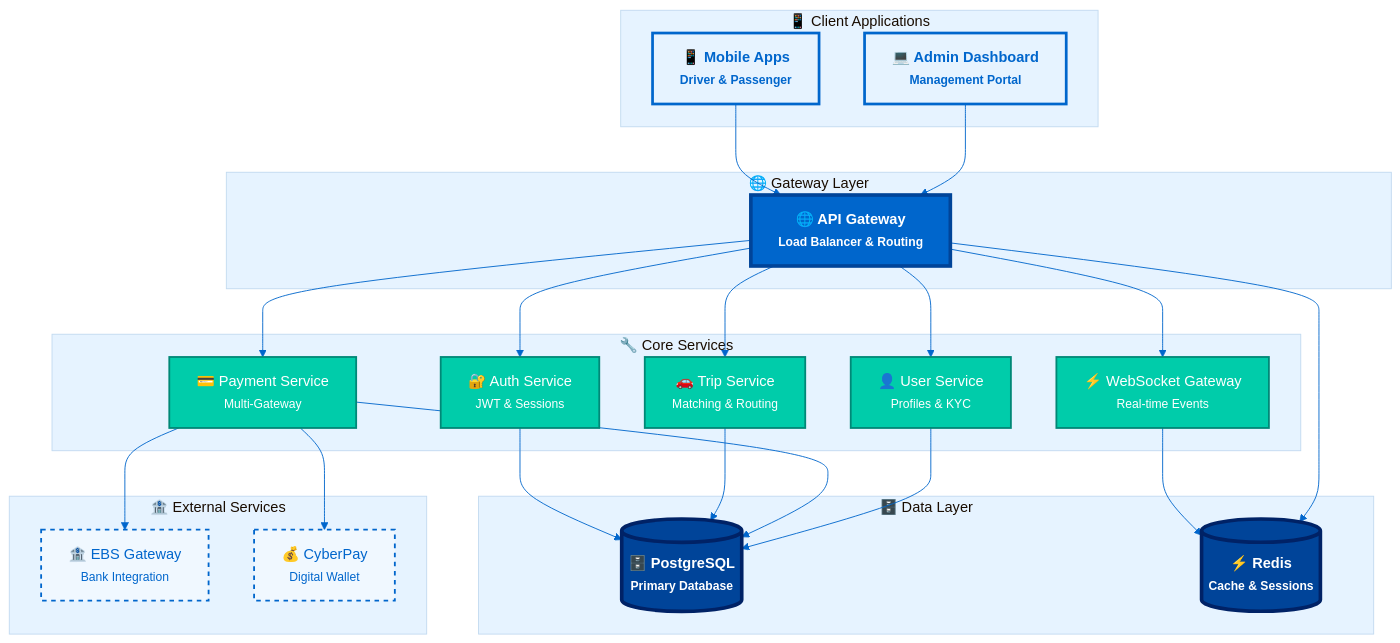
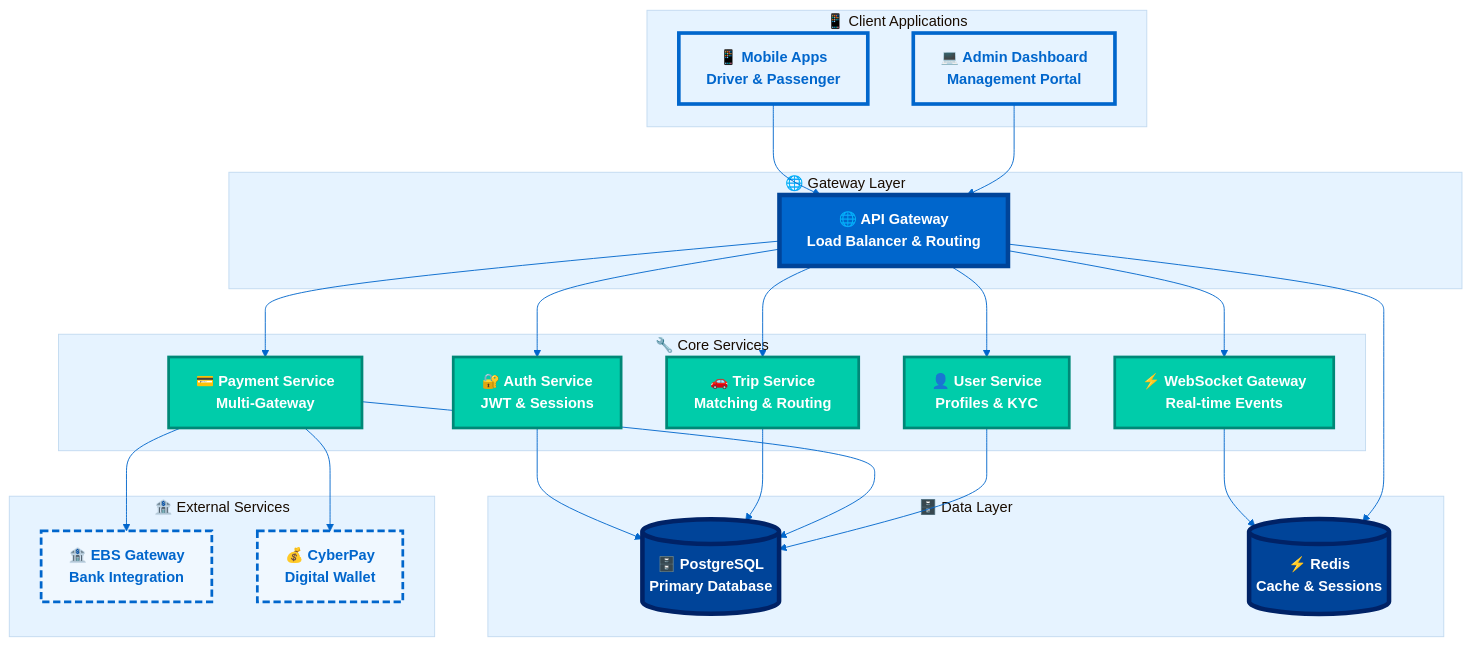
One commit to abdoElHodaky/transportapp changed the fourth of 5 diagrams in README.md. Above: the diagram before and after it, drawn with Mermaid. The commit also changed other lines of this file and 2 other files, not shown here.

```diff
--- a/README.md
+++ b/README.md
@@ -477,53 +462,46 @@
 %%{init: {
   'theme': 'base',
   'themeVariables': {
+    'background': 'transparent',
     'primaryColor': '#0066cc',
     'primaryTextColor': '#ffffff',
     'primaryBorderColor': '#004499',
     'lineColor': '#0066cc',
     'secondaryColor': '#00ccaa',
-    'tertiaryColor': '#e6f3ff',
-    'background': '#ffffff',
-    'mainBkg': '#0066cc',
-    'secondBkg': '#00ccaa',
-    'tertiaryBkg': '#e6f3ff'
-  },
-  'flowchart': {
-    'useMaxWidth': true,
-    'htmlLabels': true
+    'tertiaryColor': '#e6f3ff'
   }
 }}%%
 flowchart TB
     %% Client Applications Layer
-    subgraph "📱 Client Applications"
-        MA["📱 Mobile Apps<br/><small>Driver & Passenger</small>"]
-        AD["💻 Admin Dashboard<br/><small>Management Portal</small>"]
+    subgraph ClientApps["📱 Client Applications"]
+        MA["📱 Mobile Apps<br/>Driver & Passenger"]
+        AD["💻 Admin Dashboard<br/>Management Portal"]
     end
     
     %% API Gateway Layer
-    subgraph "🌐 Gateway Layer"
-        AG["🌐 API Gateway<br/><small>Load Balancer & Routing</small>"]
+    subgraph Gateway["🌐 Gateway Layer"]
+        AG["🌐 API Gateway<br/>Load Balancer & Routing"]
     end
     
     %% Core Services Layer
-    subgraph "🔧 Core Services"
-        AS["🔐 Auth Service<br/><small>JWT & Sessions</small>"]
-        TS["🚗 Trip Service<br/><small>Matching & Routing</small>"]
-        PS["💳 Payment Service<br/><small>Multi-Gateway</small>"]
-        US["👤 User Service<br/><small>Profiles & KYC</small>"]
-        WS["⚡ WebSocket Gateway<br/><small>Real-time Events</small>"]
+    subgraph CoreServices["🔧 Core Services"]
+        AS["🔐 Auth Service<br/>JWT & Sessions"]
+        TS["🚗 Trip Service<br/>Matching & Routing"]
+        PS["💳 Payment Service<br/>Multi-Gateway"]
+        US["👤 User Service<br/>Profiles & KYC"]
+        WS["⚡ WebSocket Gateway<br/>Real-time Events"]
     end
     
     %% Data Layer
-    subgraph "🗄️ Data Layer"
-        DB[("🗄️ PostgreSQL<br/><small>Primary Database</small>")]
-        RD[("⚡ Redis<br/><small>Cache & Sessions</small>")]
+    subgraph DataLayer["🗄️ Data Layer"]
+        DB[("🗄️ PostgreSQL<br/>Primary Database")]
+        RD[("⚡ Redis<br/>Cache & Sessions")]
     end
     
     %% External Services
-    subgraph "🏦 External Services"
-        EBS["🏦 EBS Gateway<br/><small>Bank Integration</small>"]
-        CP["💰 CyberPay<br/><small>Digital Wallet</small>"]
+    subgraph ExternalServices["🏦 External Services"]
+        EBS["🏦 EBS Gateway<br/>Bank Integration"]
+        CP["💰 CyberPay<br/>Digital Wallet"]
     end
     
     %% Connections
@@ -547,12 +525,12 @@
     PS --> EBS
     PS --> CP
 
-    %% Enhanced Styling
-    classDef clientApp fill:#e6f3ff,stroke:#0066cc,stroke-width:3px,color:#0066cc,font-weight:bold
-    classDef gateway fill:#0066cc,stroke:#004499,stroke-width:4px,color:#ffffff,font-weight:bold
-    classDef coreService fill:#00ccaa,stroke:#008877,stroke-width:2px,color:#ffffff,font-weight:normal
-    classDef dataStore fill:#004499,stroke:#002266,stroke-width:4px,color:#ffffff,font-weight:bold
-    classDef external fill:#f0f8ff,stroke:#0066cc,stroke-width:2px,color:#0066cc,font-weight:normal,stroke-dasharray: 5 5
+    %% Professional Styling with Distinguished Colors
+    classDef clientApp fill:#e6f3ff,stroke:#0066cc,stroke-width:4px,color:#0066cc,font-weight:bold
+    classDef gateway fill:#0066cc,stroke:#004499,stroke-width:5px,color:#ffffff,font-weight:bold
+    classDef coreService fill:#00ccaa,stroke:#008877,stroke-width:3px,color:#ffffff,font-weight:bold
+    classDef dataStore fill:#004499,stroke:#002266,stroke-width:5px,color:#ffffff,font-weight:bold
+    classDef external fill:#f0f8ff,stroke:#0066cc,stroke-width:3px,color:#0066cc,font-weight:bold,stroke-dasharray:8 4
 
     class MA,AD clientApp
     class AG gateway
```
